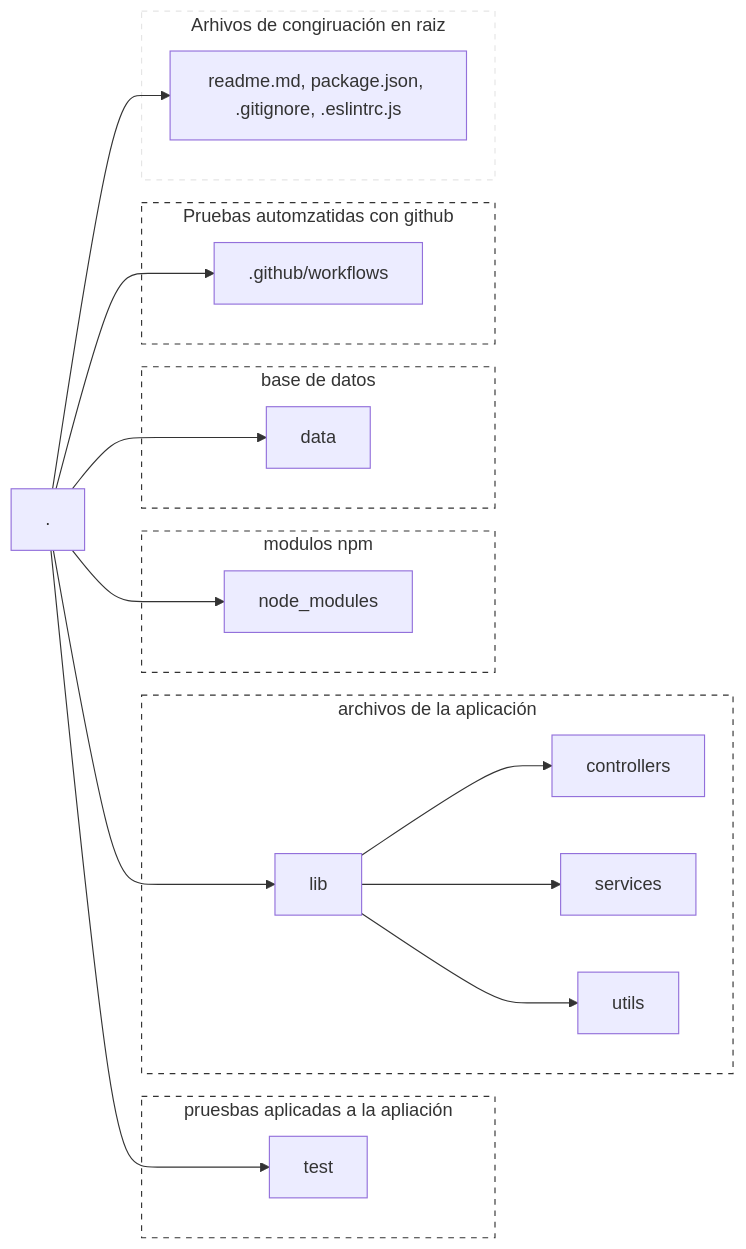
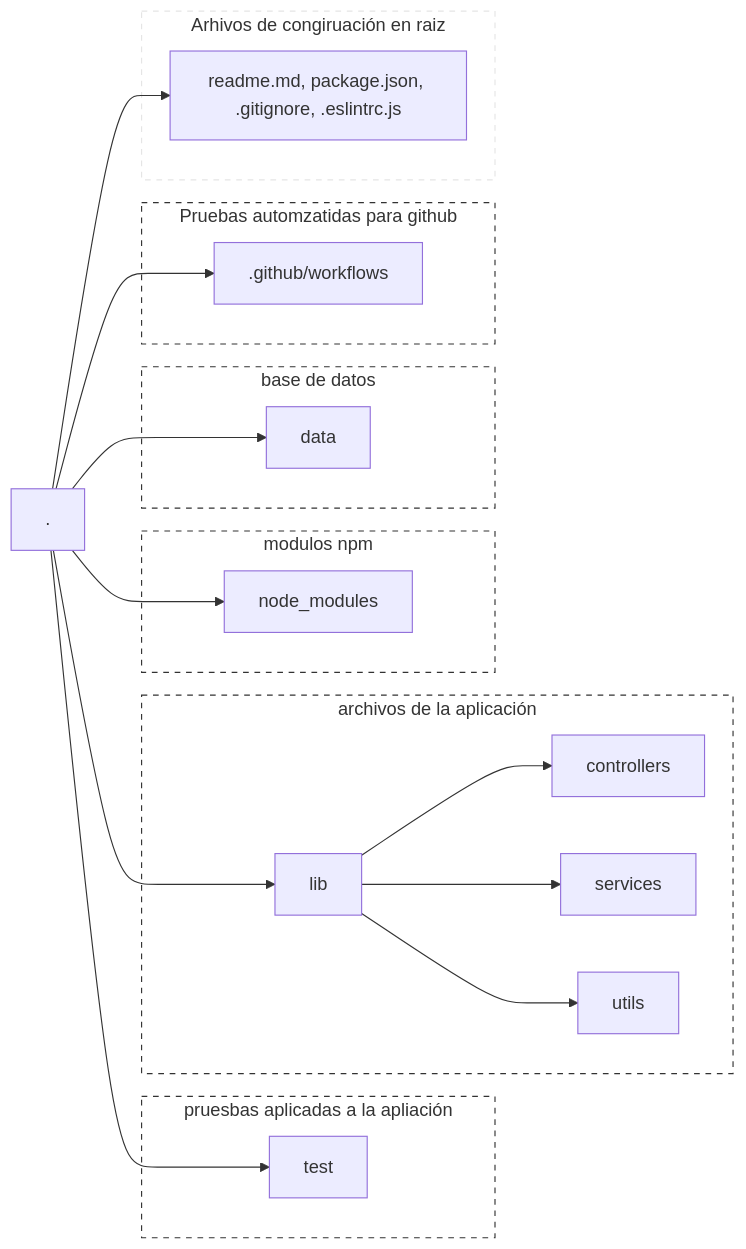
Before and after one commit to manuel1488/LaunchX_BackEnd_CodeChallenge-VisualThinking: the first of 2 diagrams in readme.md, drawn with Mermaid. The commit also changed other lines of this file and 4 other files, not shown here.

````diff
--- a/readme.md
+++ b/readme.md
@@ -26,37 +26,37 @@
 ```mermaid
 graph LR
     root[.] --> 1[readme.md, package.json, .gitignore, .eslintrc.js]
     root --> 2[.github/workflows]
     root --> 3[data]
     root --> 4[node_modules]
     root --> 5[lib]
     root --> 6[test]
     
     subgraph 1g[Arhivos de congiruación en raiz]
         1   
     end
-    subgraph 2g[Pruebas automzatidas con github]
+    subgraph 2g[Pruebas automzatidas para github]
         2
     end
     subgraph 3g[base de datos]
         3
     end
     subgraph 4g[modulos npm]
         4
     end
     subgraph 5g[archivos de la aplicación]
         5 --> 51[controllers]
         5 --> 52[services]
         5 --> 53[utils]
     end
     subgraph 6g[pruesbas aplicadas a la apliación]
         6
     end
 
 style 1g fill:transparent,stroke:#E5E5E5,stroke-width:1px,stroke-dasharray:5;
 style 2g fill:transparent,stroke:#323232,stroke-width:1px,stroke-dasharray:5;
 style 3g fill:transparent,stroke:#323232,stroke-width:1px,stroke-dasharray:5;
 style 4g fill:transparent,stroke:#323232,stroke-width:1px,stroke-dasharray:5;
 style 5g fill:transparent,stroke:#323232,stroke-width:1px,stroke-dasharray:5;
 style 6g fill:transparent,stroke:#323232,stroke-width:1px,stroke-dasharray:5;
 ```
````
